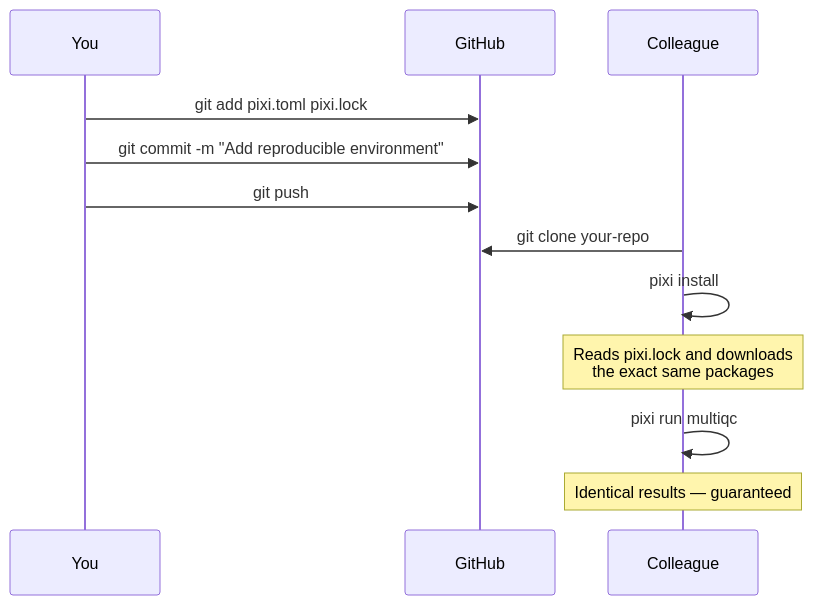
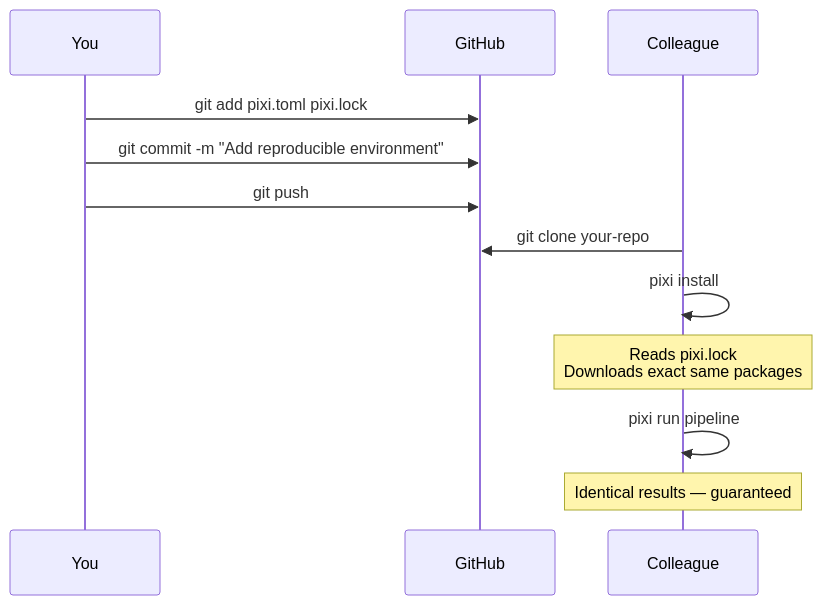
The seventh of 8 diagrams in docs/day1_pixi_tutorial.md (hossainlab/bioinfo_workflow), drawn with Mermaid before and after one commit. The commit also changed other lines of this file, not shown here.

````diff
--- a/docs/day1_pixi_tutorial.md
+++ b/docs/day1_pixi_tutorial.md
@@ -935,16 +1099,16 @@
 ```mermaid
 sequenceDiagram
     participant You
     participant Git as GitHub
     participant Colleague
 
     You->>Git: git add pixi.toml pixi.lock
     You->>Git: git commit -m "Add reproducible environment"
     You->>Git: git push
 
     Colleague->>Git: git clone your-repo
     Colleague->>Colleague: pixi install
-    Note over Colleague: Reads pixi.lock and downloads<br/>the exact same packages
-    Colleague->>Colleague: pixi run multiqc
+    Note over Colleague: Reads pixi.lock<br/>Downloads exact same packages
+    Colleague->>Colleague: pixi run pipeline
     Note over Colleague: Identical results — guaranteed
 ```
````
